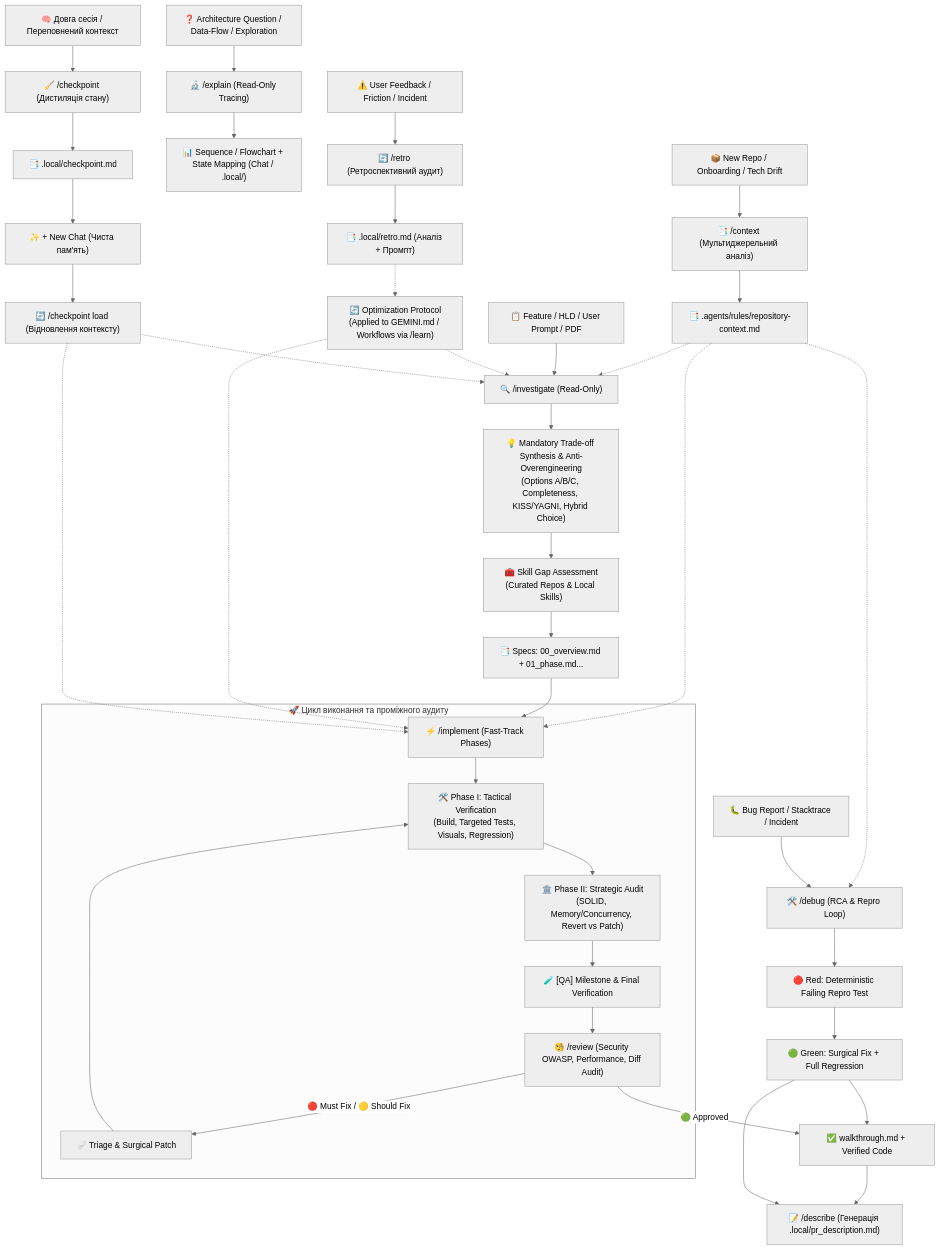
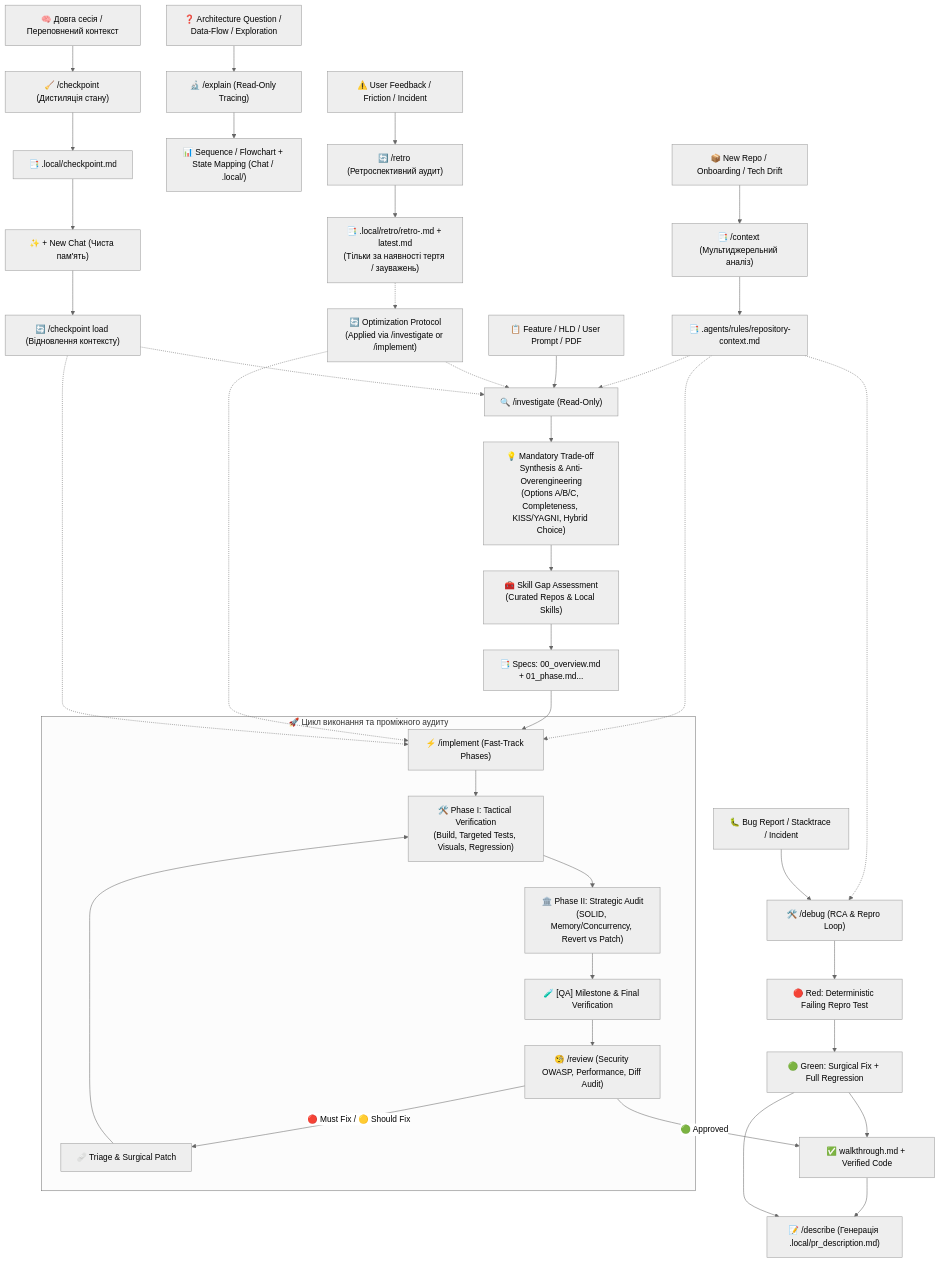
One commit to nperepichka/Antigravity changed the diagram in README.md. Above: the diagram before and after it, drawn with Mermaid (neutral theme). The commit also changed other lines of this file and 6 other files, not shown here.

````diff
--- a/README.md
+++ b/README.md
@@ -9,48 +9,48 @@
 ```mermaid
 flowchart TD
     RepoInit["📦 New Repo / Onboarding / Tech Drift"] --> Context["📑 /context (Мультиджерельний аналіз)"]
     Context --> ContextFile["📑 .agents/rules/repository-context.md"]
     ContextFile -.-> Investigate
     ContextFile -.-> Implement
     ContextFile -.-> Debug
 
     Task["📋 Feature / HLD / User Prompt / PDF"] --> Investigate["🔍 /investigate (Read-Only)"]
     Investigate --> SolutionSynthesis["💡 Mandatory Trade-off Synthesis & Anti-Overengineering\n(Options A/B/C, Completeness, KISS/YAGNI, Hybrid Choice)"]
     SolutionSynthesis --> SkillDiscovery["🧰 Skill Gap Assessment\n(Curated Repos & Local Skills)"]
     SkillDiscovery --> Specs["📑 Specs: 00_overview.md + 01_phase.md..."]
     Specs --> Implement["⚡ /implement (Fast-Track Phases)"]
 
     Query["❓ Architecture Question / Data-Flow / Exploration"] --> Explain["🔬 /explain (Read-Only Tracing)"]
     Explain --> TraceOutput["📊 Sequence / Flowchart + State Mapping (Chat / .local/)"]
     
     subgraph ExecutionGroup ["🚀 Цикл виконання та проміжного аудиту"]
         Implement --> Tactical["🛠️ Phase I: Tactical Verification\n(Build, Targeted Tests, Visuals, Regression)"]
         Tactical --> Strategic["🏛️ Phase II: Strategic Audit\n(SOLID, Memory/Concurrency, Revert vs Patch)"]
         Strategic --> MilestoneQA["🧪 [QA] Milestone & Final Verification"]
         MilestoneQA --> ReviewGate["🧐 /review (Security OWASP, Performance, Diff Audit)"]
         ReviewGate -->|🔴 Must Fix / 🟡 Should Fix| PatchLoop["🩹 Triage & Surgical Patch"]
         PatchLoop --> Tactical
     end
 
     ReviewGate -->|🟢 Approved| Walkthrough["✅ walkthrough.md + Verified Code"]
     Walkthrough --> Describe["📝 /describe (Генерація .local/pr_description.md)"]
 
     Bug["🐛 Bug Report / Stacktrace / Incident"] --> Debug["🛠️ /debug (RCA & Repro Loop)"]
     Debug --> RedTest["🔴 Red: Deterministic Failing Repro Test"]
     RedTest --> GreenFix["🟢 Green: Surgical Fix + Full Regression"]
     GreenFix --> Walkthrough
     GreenFix --> Describe
 
     SessionFriction["⚠️ User Feedback / Friction / Incident"] --> Retro["🔄 /retro (Ретроспективний аудит)"]
-    Retro --> RetroReport["📑 .local/retro.md (Аналіз + Промпт)"]
-    RetroReport -.-> Optimize["🔄 Optimization Protocol\n(Applied to GEMINI.md / Workflows via /learn)"]
+    Retro --> RetroReport["📑 .local/retro/retro-<N>.md + latest.md\n(Тільки за наявності тертя / зауважень)"]
+    RetroReport -.-> Optimize["🔄 Optimization Protocol\n(Applied via /investigate or /implement)"]
     Optimize -.-> Investigate
     Optimize -.-> Implement
 
     ContextBloat["🧠 Довга сесія / Переповнений контекст"] --> CheckpointSave["🧹 /checkpoint (Дистиляція стану)"]
     CheckpointSave --> CheckpointFile["📑 .local/checkpoint.md"]
     CheckpointFile --> NewSession["✨ + New Chat (Чиста пам'ять)"]
     NewSession --> CheckpointLoad["🔄 /checkpoint load (Відновлення контексту)"]
     CheckpointLoad -.-> Investigate
     CheckpointLoad -.-> Implement
 ```
````
